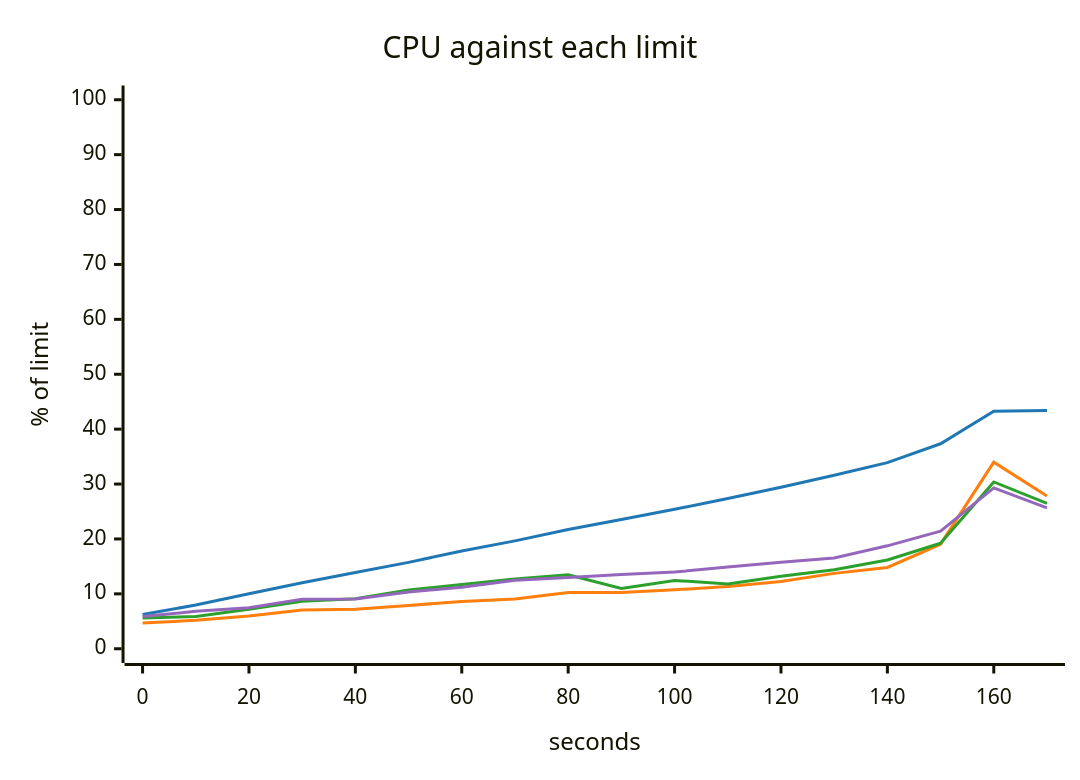
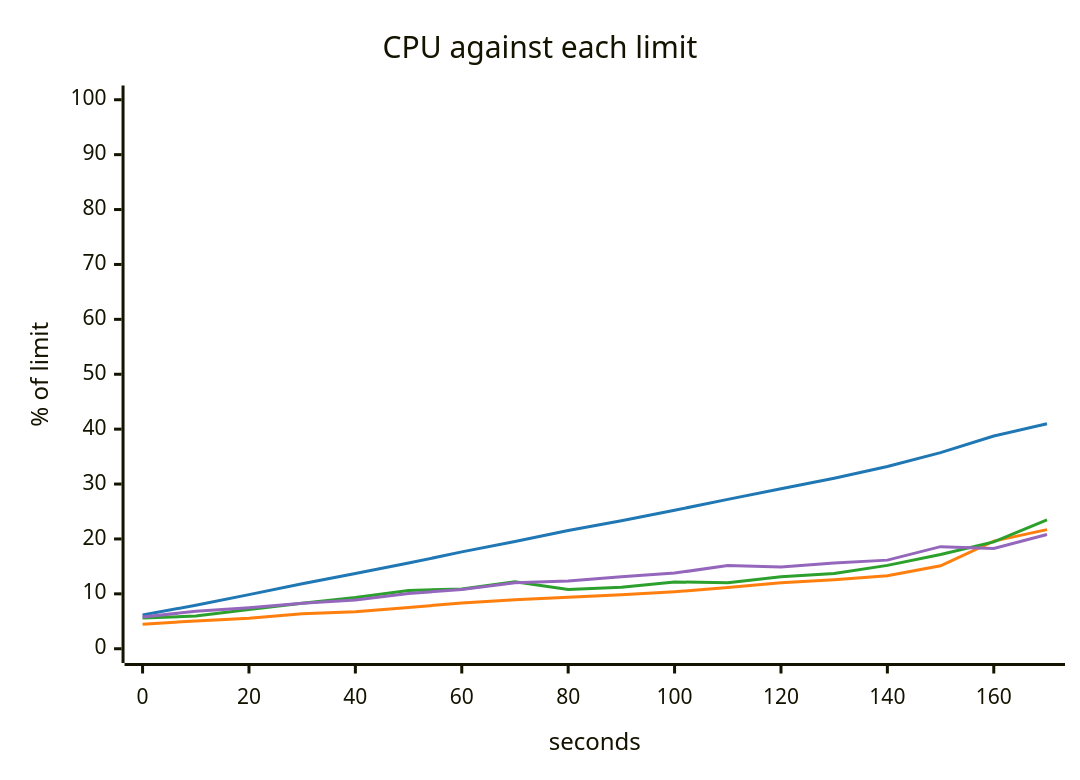
One commit to akinfemi/load-lore changed the fifth of 5 diagrams in scenarios/stale-orders/solutions/read-your-writes/report.md. Above: the diagram before and after it, drawn with Mermaid. The commit also changed other lines of this file and 71 other files, not shown here.

````diff
--- a/scenarios/stale-orders/solutions/read-your-writes/report.md
+++ b/scenarios/stale-orders/solutions/read-your-writes/report.md
@@ -94,17 +94,17 @@
 ```mermaid
 ---
 config:
   themeVariables:
     xyChart:
       backgroundColor: "transparent"
       plotColorPalette: "#1f77b4, #ff7f0e, #2ca02c, #9467bd"
 ---
 xychart-beta
     title "CPU against each limit"
     x-axis "seconds" 0 --> 170
     y-axis "% of limit" 0 --> 100
-    line [6.226, 7.97, 10.021, 12.006, 13.891, 15.735, 17.805, 19.651, 21.718, 23.558, 25.392, 27.37, 29.424, 31.618, 33.897, 37.334, 43.281, 43.414]
-    line [4.694, 5.18, 5.98, 7.069, 7.177, 7.89, 8.607, 9.081, 10.257, 10.268, 10.738, 11.318, 12.262, 13.728, 14.812, 19.047, 33.985, 27.819]
-    line [5.593, 5.866, 7.206, 8.664, 9.107, 10.716, 11.697, 12.709, 13.463, 10.997, 12.451, 11.811, 13.218, 14.405, 16.173, 19.225, 30.384, 26.487]
-    line [5.887, 6.809, 7.455, 9.038, 9.066, 10.351, 11.205, 12.497, 12.991, 13.542, 13.969, 14.879, 15.776, 16.55, 18.748, 21.427, 29.292, 25.657]
+    line [6.159, 7.924, 9.857, 11.849, 13.707, 15.604, 17.645, 19.522, 21.54, 23.309, 25.225, 27.206, 29.137, 31.061, 33.202, 35.726, 38.742, 40.983]
+    line [4.483, 5.069, 5.553, 6.385, 6.726, 7.522, 8.335, 8.943, 9.364, 9.815, 10.392, 11.149, 12.022, 12.566, 13.287, 15.105, 19.603, 21.698]
+    line [5.612, 5.958, 7.131, 8.306, 9.341, 10.621, 10.88, 12.222, 10.797, 11.191, 12.173, 12.001, 13.098, 13.71, 15.184, 17.18, 19.468, 23.469]
+    line [5.792, 6.809, 7.485, 8.302, 8.897, 10.078, 10.788, 12.008, 12.337, 13.134, 13.782, 15.144, 14.869, 15.633, 16.142, 18.595, 18.256, 20.803]
 ```
````
